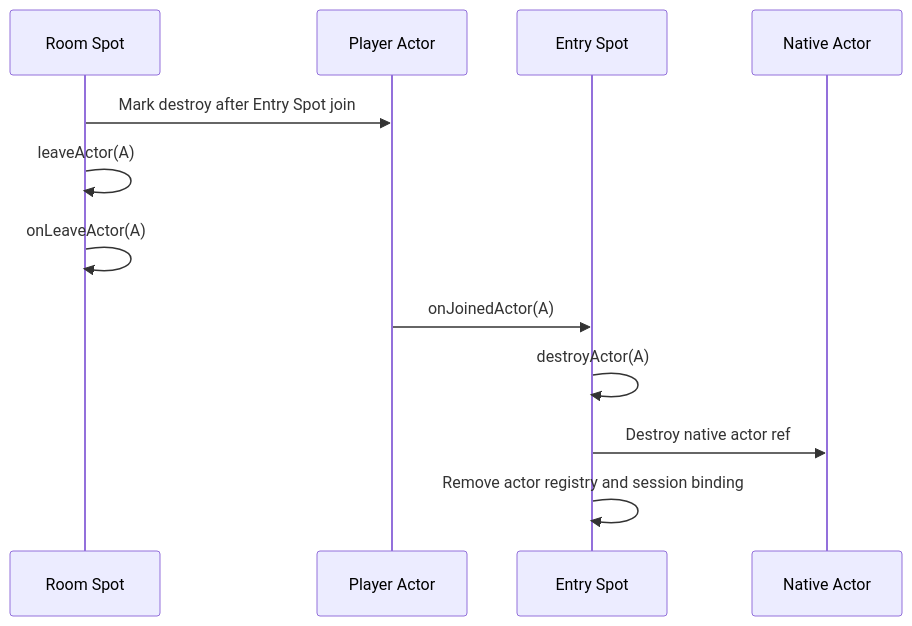
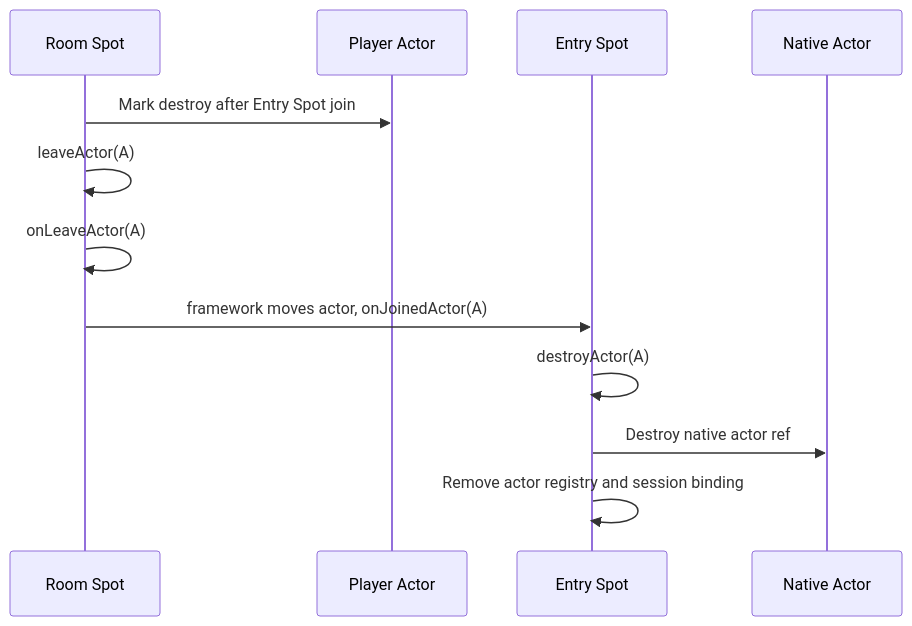
The fifth of 5 diagrams in framework/doc/framework/common/sample/bingo/README.ko.md (kairos-code-dev/zlink), drawn with Mermaid before and after one commit. The commit also changed other lines of this file and 4 other files, not shown here.

````diff
--- a/framework/doc/framework/common/sample/bingo/README.ko.md
+++ b/framework/doc/framework/common/sample/bingo/README.ko.md
@@ -971,15 +978,15 @@
 ```mermaid
 sequenceDiagram
     participant R as Room Spot
     participant A as Player Actor
     participant E as Entry Spot
     participant N as Native Actor
 
     R->>A: Mark destroy after Entry Spot join
     R->>R: leaveActor(A)
     R->>R: onLeaveActor(A)
-    A->>E: onJoinedActor(A)
+    R->>E: framework moves actor, onJoinedActor(A)
     E->>E: destroyActor(A)
     E->>N: Destroy native actor ref
     E->>E: Remove actor registry and session binding
 ```
````
